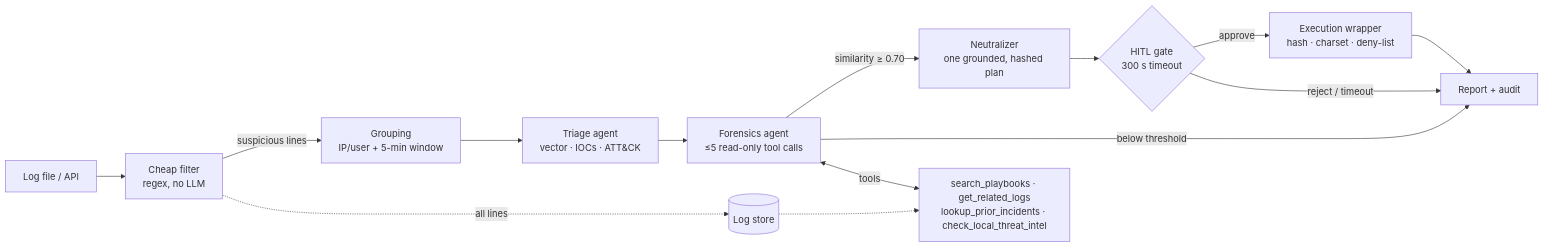
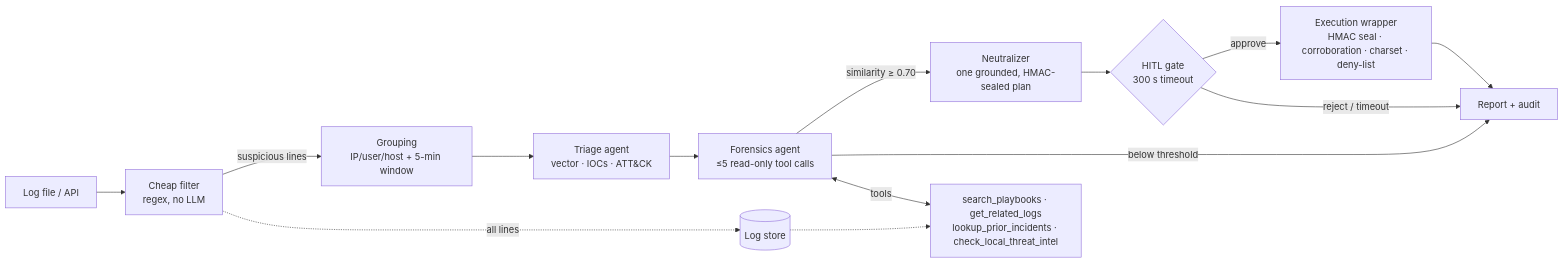
One commit to Akxhayyy/Agentic-SOAR changed the diagram in README.md. Above: the diagram before and after it, drawn with Mermaid. The commit also changed other lines of this file, not shown here.

Commit message:
docs: update README with HMAC seals, corroboration gates, OTRF benchmarks, and test count

````diff
--- a/README.md
+++ b/README.md
@@ -41,16 +43,16 @@
 ```mermaid
 flowchart LR
     L[Log file / API] --> F[Cheap filter<br/>regex, no LLM]
-    F -->|suspicious lines| G[Grouping<br/>IP/user + 5-min window]
+    F -->|suspicious lines| G[Grouping<br/>IP/user/host + 5-min window]
     F -.->|all lines| LS[(Log store)]
     G --> T[Triage agent<br/>vector · IOCs · ATT&CK]
     T --> FA[Forensics agent<br/>≤5 read-only tool calls]
-    FA -->|similarity ≥ 0.70| N[Neutralizer<br/>one grounded, hashed plan]
+    FA -->|similarity ≥ 0.70| N[Neutralizer<br/>one grounded, HMAC-sealed plan]
     FA -->|below threshold| R
     N --> H{HITL gate<br/>300 s timeout}
-    H -->|approve| X[Execution wrapper<br/>hash · charset · deny-list]
+    H -->|approve| X[Execution wrapper<br/>HMAC seal · corroboration · charset · deny-list]
     H -->|reject / timeout| R[Report + audit]
     X --> R
     FA <-->|tools| TOOLS[search_playbooks · get_related_logs<br/>lookup_prior_incidents · check_local_threat_intel]
     LS -.-> TOOLS
 ```
````
